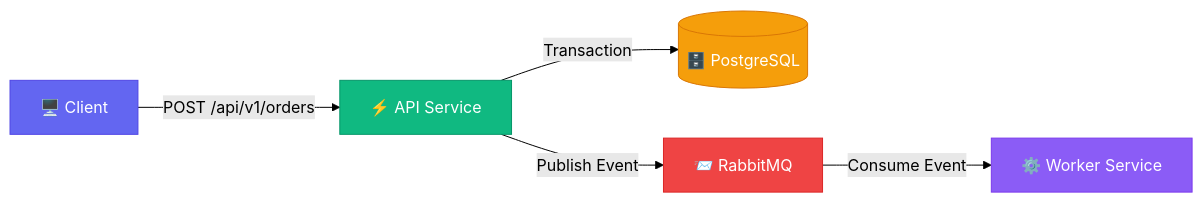
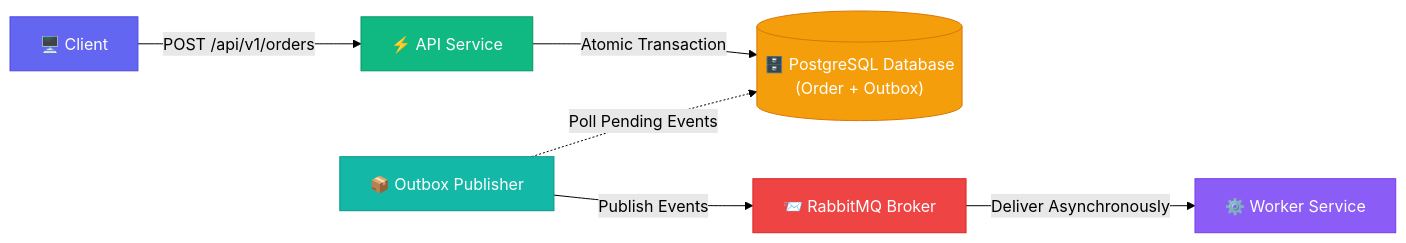
One commit to elokanugrah/go-event-driven changed the first of 2 diagrams in README.md. Above: the diagram before and after it, drawn with Mermaid (forest theme). The commit also changed other lines of this file and 17 other files, not shown here.

````diff
--- a/README.md
+++ b/README.md
@@ -32,13 +46,15 @@
 ```mermaid
 graph LR
-    C["🖥️ Client"] -->|"POST /api/v1/orders"| API["⚡ API Service"]
-    API -->|"Transaction"| DB[("🗄️ PostgreSQL")]
-    API -->|"Publish Event"| MQ["📨 RabbitMQ"]
-    MQ -->|"Consume Event"| W["⚙️ Worker Service"]
+    Client["🖥️ Client"] -->|"POST /api/v1/orders"| API["⚡ API Service"]
+    API -->|"Atomic Transaction"| DB[("🗄️ PostgreSQL Database<br/>(Order + Outbox)")]
+    OP["📦 Outbox Publisher"] -.->|"Poll Pending Events"| DB
+    OP -->|"Publish Events"| MQ["📨 RabbitMQ Broker"]
+    MQ -->|"Deliver Asynchronously"| Worker["⚙️ Worker Service"]
 
-    style C fill:#6366f1,stroke:#4f46e5,color:#fff
+    style Client fill:#6366f1,stroke:#4f46e5,color:#fff
     style API fill:#10b981,stroke:#059669,color:#fff
     style DB fill:#f59e0b,stroke:#d97706,color:#fff
+    style OP fill:#14b8a6,stroke:#0d9488,color:#fff
     style MQ fill:#ef4444,stroke:#dc2626,color:#fff
-    style W fill:#8b5cf6,stroke:#7c3aed,color:#fff
+    style Worker fill:#8b5cf6,stroke:#7c3aed,color:#fff
 ```
````
